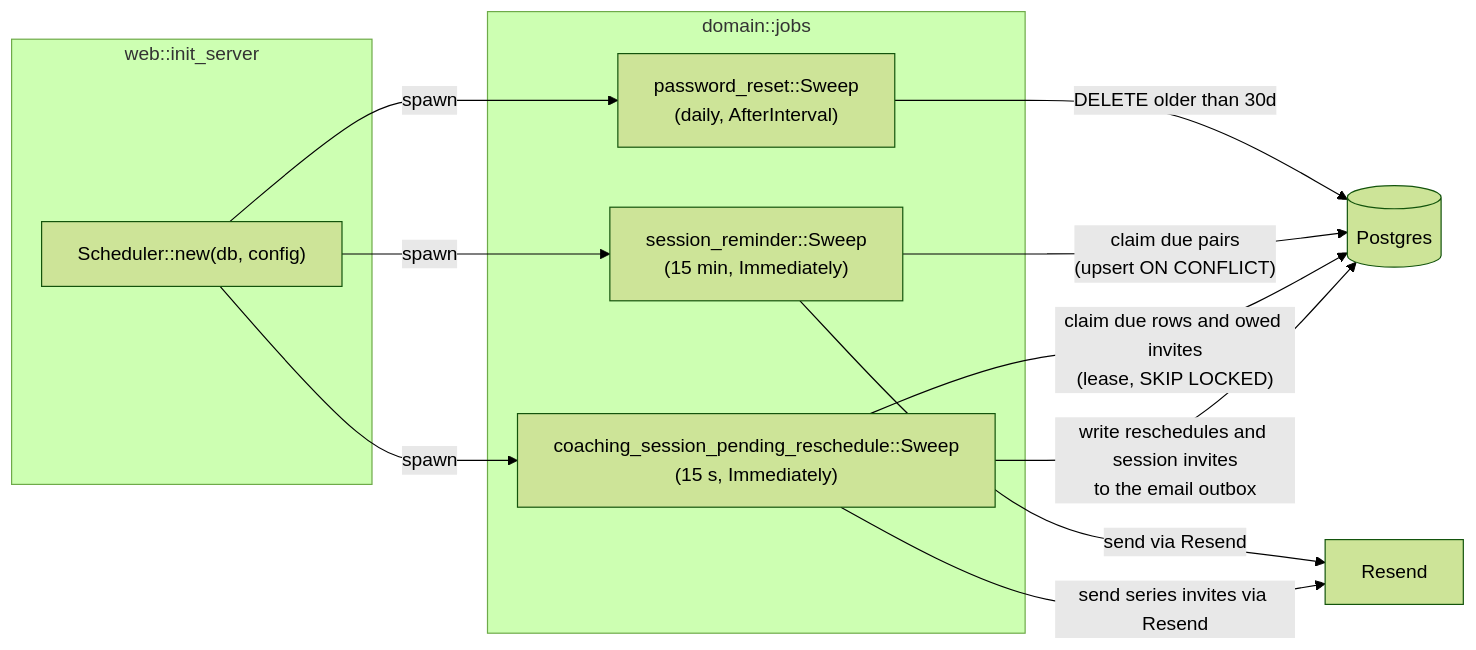
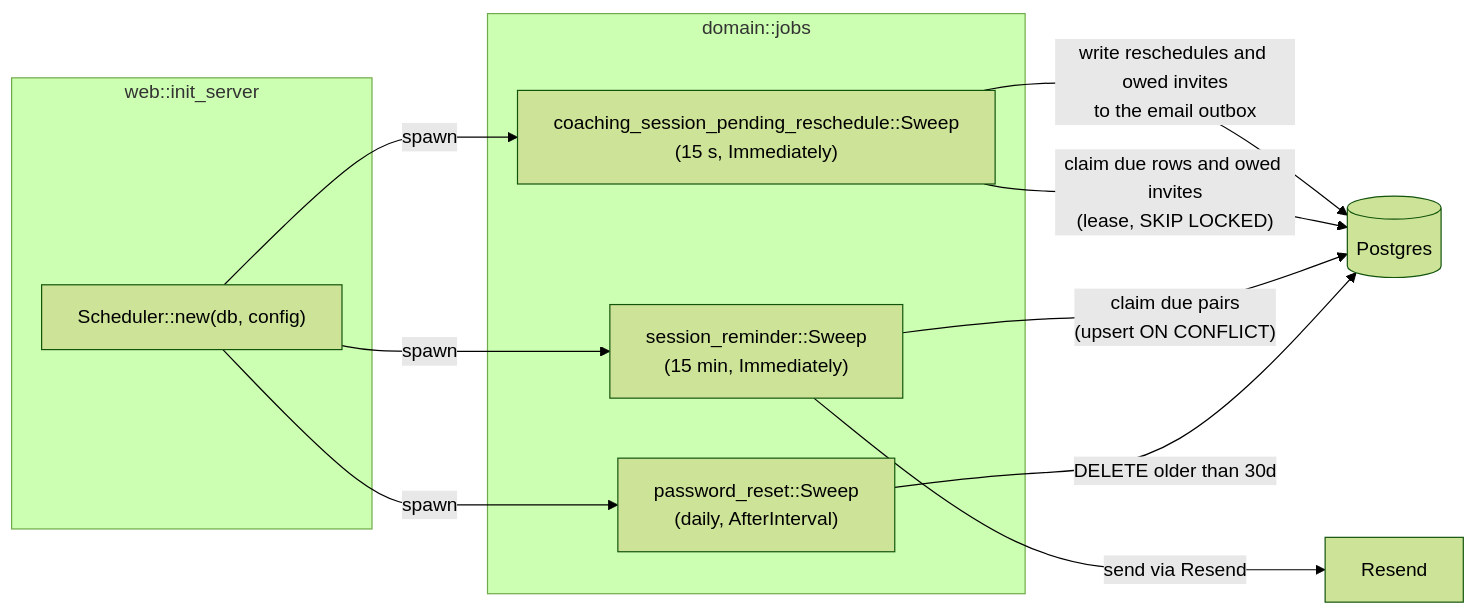
One commit to refactor-group/refactor-platform-rs changed the diagram in docs/architecture/background_jobs.md. Above: the diagram before and after it, drawn with Mermaid (forest theme). The commit also changed other lines of this file and 23 other files, not shown here.

First line of the commit message:
Write series invites to the email outbox

````diff
--- a/docs/architecture/background_jobs.md
+++ b/docs/architecture/background_jobs.md
@@ -53,22 +53,21 @@
 ```mermaid
 flowchart LR
     subgraph web["web::init_server"]
         S["Scheduler::new(db, config)"]
     end
     subgraph jobs["domain::jobs"]
         PR["password_reset::Sweep\n(daily, AfterInterval)"]
         SR["session_reminder::Sweep\n(15 min, Immediately)"]
         PRS["coaching_session_pending_reschedule::Sweep\n(15 s, Immediately)"]
     end
     DB[("Postgres")]
 
     S -->|spawn| PR
     S -->|spawn| SR
     S -->|spawn| PRS
     PR -->|"DELETE older than 30d"| DB
     SR -->|"claim due pairs\n(upsert ON CONFLICT)"| DB
     SR -->|"send via Resend"| R["Resend"]
     PRS -->|"claim due rows and owed invites\n(lease, SKIP LOCKED)"| DB
-    PRS -->|"write reschedules and session invites\nto the email outbox"| DB
-    PRS -->|"send series invites via Resend"| R
+    PRS -->|"write reschedules and owed invites\nto the email outbox"| DB
 ```
````
